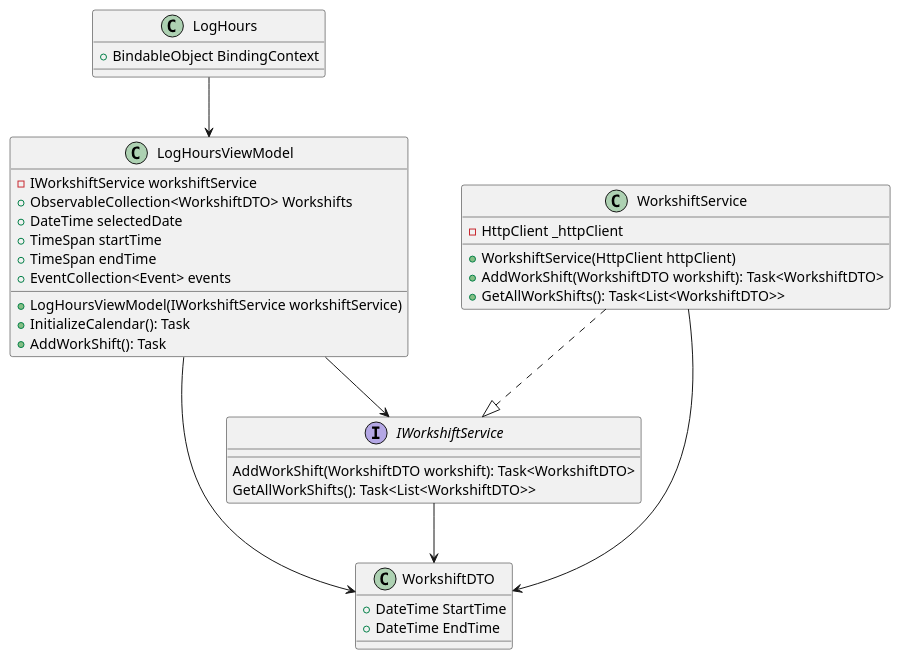
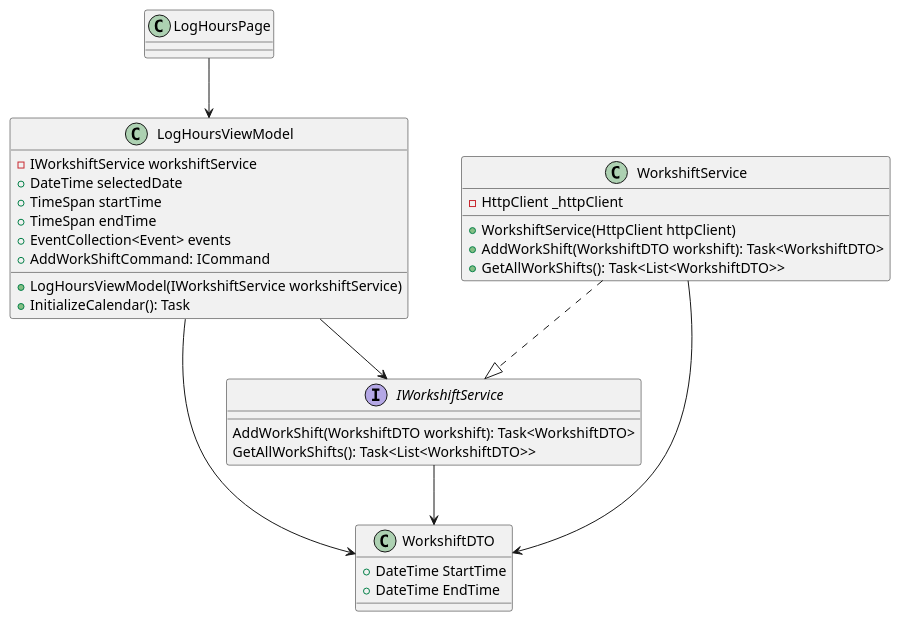
One commit to a-chiha/FinanceTrackerBackend changed the diagram in diagrams/maui/logHours.puml. Above: the diagram before and after it, drawn with PlantUML. The commit also changed 11 other files, not shown here.

```diff
--- a/diagrams/maui/logHours.puml
+++ b/diagrams/maui/logHours.puml
@@ -2,50 +2,48 @@
 @startuml
 
 interface IWorkshiftService
 {
 AddWorkShift(WorkshiftDTO workshift): Task<WorkshiftDTO>
 GetAllWorkShifts(): Task<List<WorkshiftDTO>>
 }
-class LogHours
-{
- + BindableObject BindingContext    
+class LogHoursPage
+{ 
 }
 
 class LogHoursViewModel
 {
  - IWorkshiftService workshiftService
- + ObservableCollection<WorkshiftDTO> Workshifts
  + DateTime selectedDate
  + TimeSpan startTime
  + TimeSpan endTime
  + EventCollection<Event> events
  + LogHoursViewModel(IWorkshiftService workshiftService)
  + InitializeCalendar(): Task
- + AddWorkShift(): Task
+ + AddWorkShiftCommand: ICommand
 }
 
 class WorkshiftDTO
 {
  + DateTime StartTime
  + DateTime EndTime
 }
 
 LogHoursViewModel --> IWorkshiftService
 
 class WorkshiftService {
     - HttpClient _httpClient
     + WorkshiftService(HttpClient httpClient)
     + AddWorkShift(WorkshiftDTO workshift): Task<WorkshiftDTO> 
     + GetAllWorkShifts(): Task<List<WorkshiftDTO>> 
 }
 
 
 WorkshiftService --> WorkshiftDTO
 IWorkshiftService --> WorkshiftDTO
 LogHoursViewModel --> WorkshiftDTO
 WorkshiftService ..|> IWorkshiftService
 
-LogHours --> LogHoursViewModel
+LogHoursPage --> LogHoursViewModel
 
 
 @enduml
```
